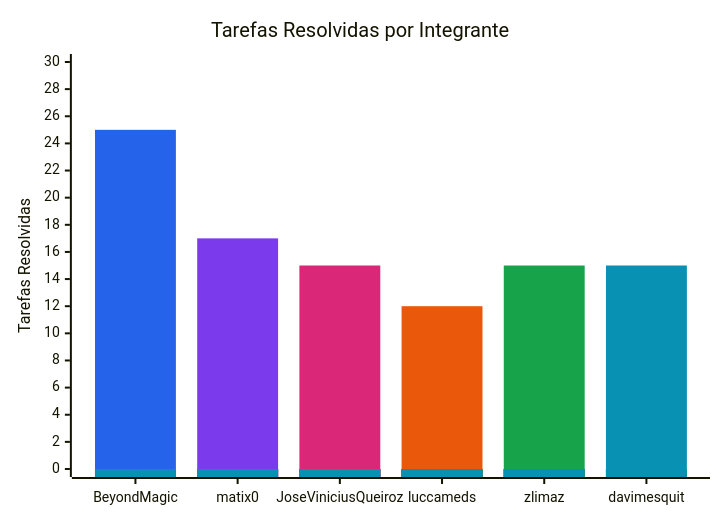
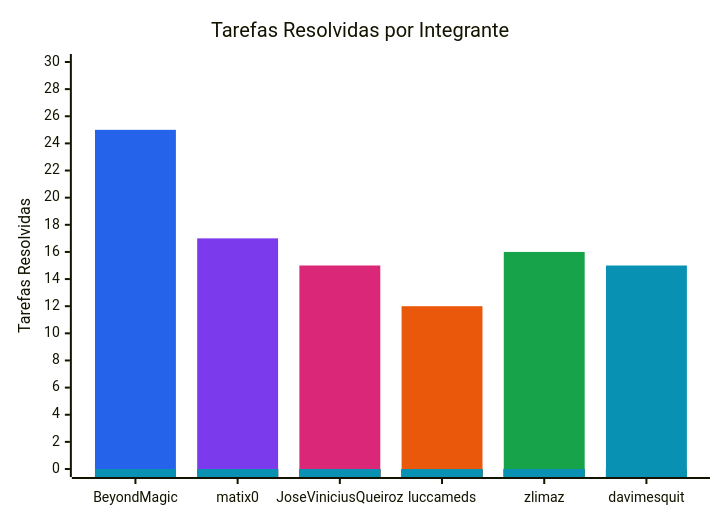
One commit to FCTE-Qualidade-de-Software-1/2026-2_T01_FRANS_BILAS changed the diagram in documentation/snippets/management/resolved-issues.mmd. Above: the diagram before and after it, drawn with Mermaid. The commit also changed 5 other files, not shown here.

```diff
--- a/documentation/snippets/management/resolved-issues.mmd
+++ b/documentation/snippets/management/resolved-issues.mmd
@@ -1,11 +1,11 @@
 %%{init: {"themeVariables": {"xyChart": {"plotColorPalette": "#2563eb, #7c3aed, #db2777, #ea580c, #16a34a, #0891b2"}}}}%%
 xychart-beta
     title "Tarefas Resolvidas por Integrante"
     x-axis ["BeyondMagic", "matix0", "JoseViniciusQueiroz", "luccameds", "zlimaz", "davimesquit"]
     y-axis "Tarefas Resolvidas" 0 --> 30
     bar [25, 0, 0, 0, 0, 0]
     bar [0, 17, 0, 0, 0, 0]
     bar [0, 0, 15, 0, 0, 0]
     bar [0, 0, 0, 12, 0, 0]
-    bar [0, 0, 0, 0, 15, 0]
+    bar [0, 0, 0, 0, 16, 0]
     bar [0, 0, 0, 0, 0, 15]
```
